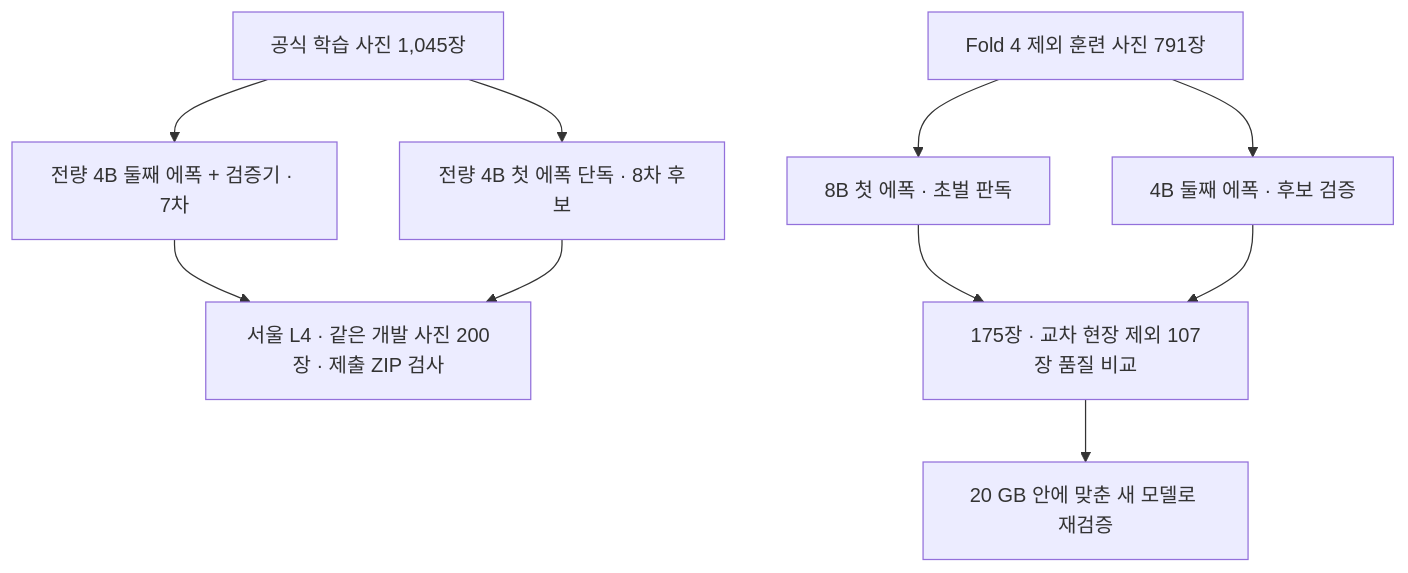
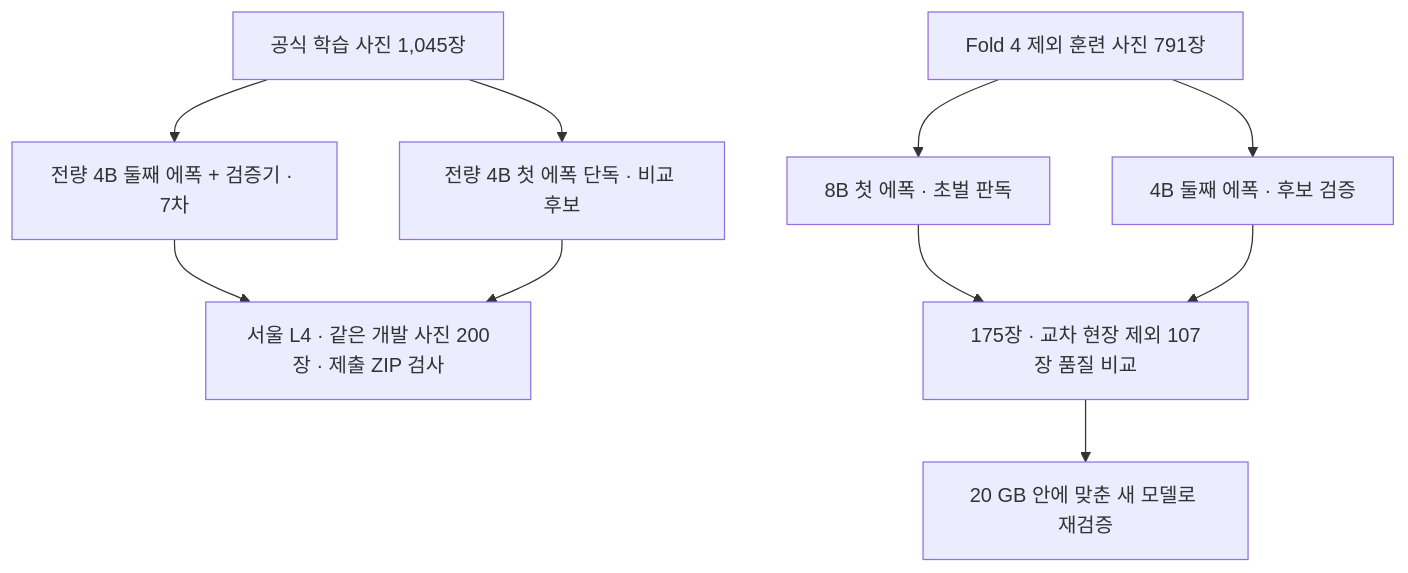
Before and after one commit to nornen0202/KWater-SafetyAI: the diagram in reports/submission-7-8-decision-and-l4-value-20261128.md, drawn with Mermaid. The commit also changed other lines of this file and 8 other files, not shown here.

````diff
--- a/reports/submission-7-8-decision-and-l4-value-20261128.md
+++ b/reports/submission-7-8-decision-and-l4-value-20261128.md
@@ -98,12 +98,12 @@
 ```mermaid
 flowchart TD
     T["공식 학습 사진 1,045장"] --> S7["전량 4B 둘째 에폭 + 검증기 · 7차"]
-    T --> S8["전량 4B 첫 에폭 단독 · 8차 후보"]
+    T --> S8["전량 4B 첫 에폭 단독 · 비교 후보"]
     S7 --> K["서울 L4 · 같은 개발 사진 200장 · 제출 ZIP 검사"]
     S8 --> K
     F["Fold 4 제외 훈련 사진 791장"] --> I["8B 첫 에폭 · 초벌 판독"]
     F --> V["4B 둘째 에폭 · 후보 검증"]
     I --> E["175장 · 교차 현장 제외 107장 품질 비교"]
     V --> E
     E --> P["20 GB 안에 맞춘 새 모델로 재검증"]
 ```
````
